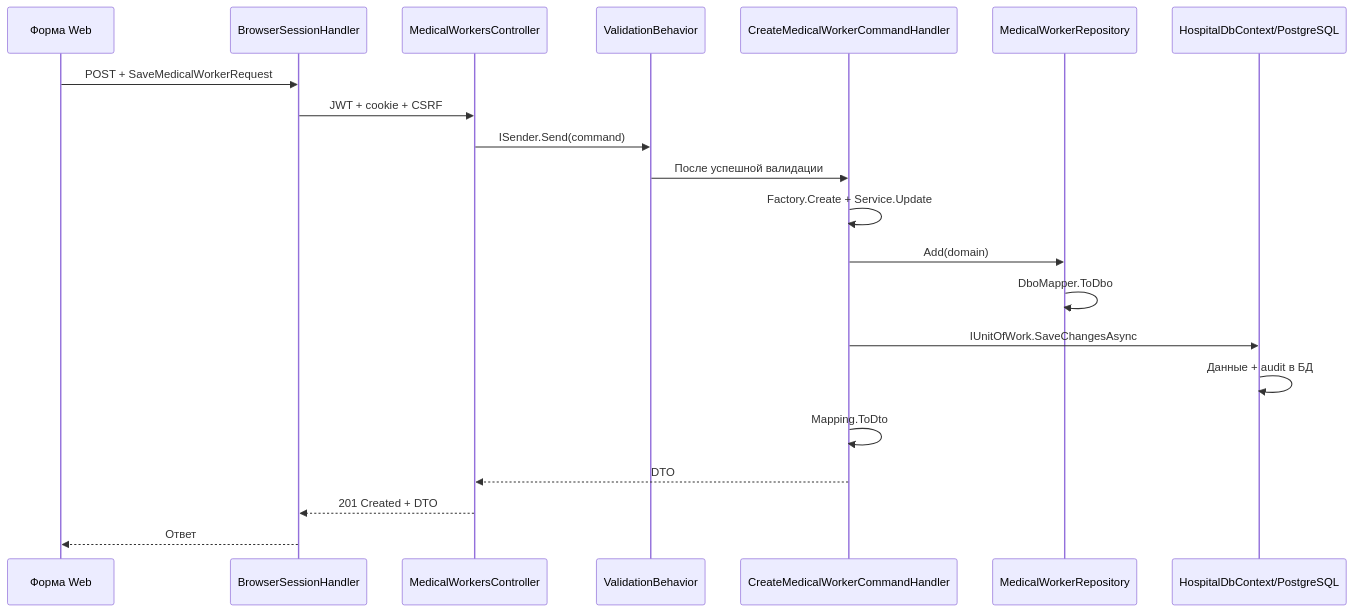
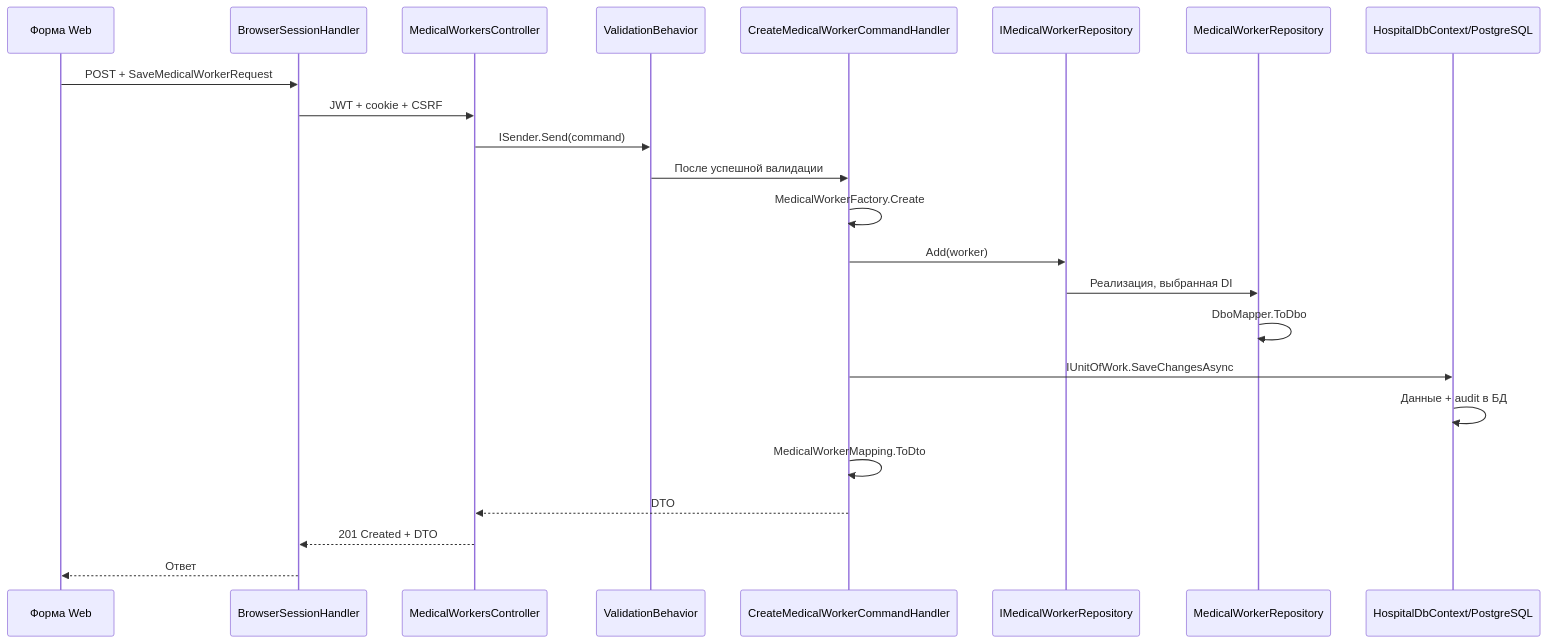
Before and after one commit to medsoft-united-system/hospital-information-system: the second of 2 diagrams in docs/system-guide-v1.md, drawn with Mermaid. The commit also changed other lines of this file and 877 other files, not shown here.

````diff
--- a/docs/system-guide-v1.md
+++ b/docs/system-guide-v1.md
@@ -455,23 +470,25 @@
 ```mermaid
 sequenceDiagram
     participant UI as Форма Web
     participant HTTP as BrowserSessionHandler
     participant C as MedicalWorkersController
     participant V as ValidationBehavior
     participant H as CreateMedicalWorkerCommandHandler
+    participant P as IMedicalWorkerRepository
     participant R as MedicalWorkerRepository
     participant DB as HospitalDbContext/PostgreSQL
     UI->>HTTP: POST + SaveMedicalWorkerRequest
     HTTP->>C: JWT + cookie + CSRF
     C->>V: ISender.Send(command)
     V->>H: После успешной валидации
-    H->>H: Factory.Create + Service.Update
-    H->>R: Add(domain)
+    H->>H: MedicalWorkerFactory.Create
+    H->>P: Add(worker)
+    P->>R: Реализация, выбранная DI
     R->>R: DboMapper.ToDbo
     H->>DB: IUnitOfWork.SaveChangesAsync
     DB->>DB: Данные + audit в БД
-    H->>H: Mapping.ToDto
+    H->>H: MedicalWorkerMapping.ToDto
     H-->>C: DTO
     C-->>HTTP: 201 Created + DTO
     HTTP-->>UI: Ответ
 ```
````
